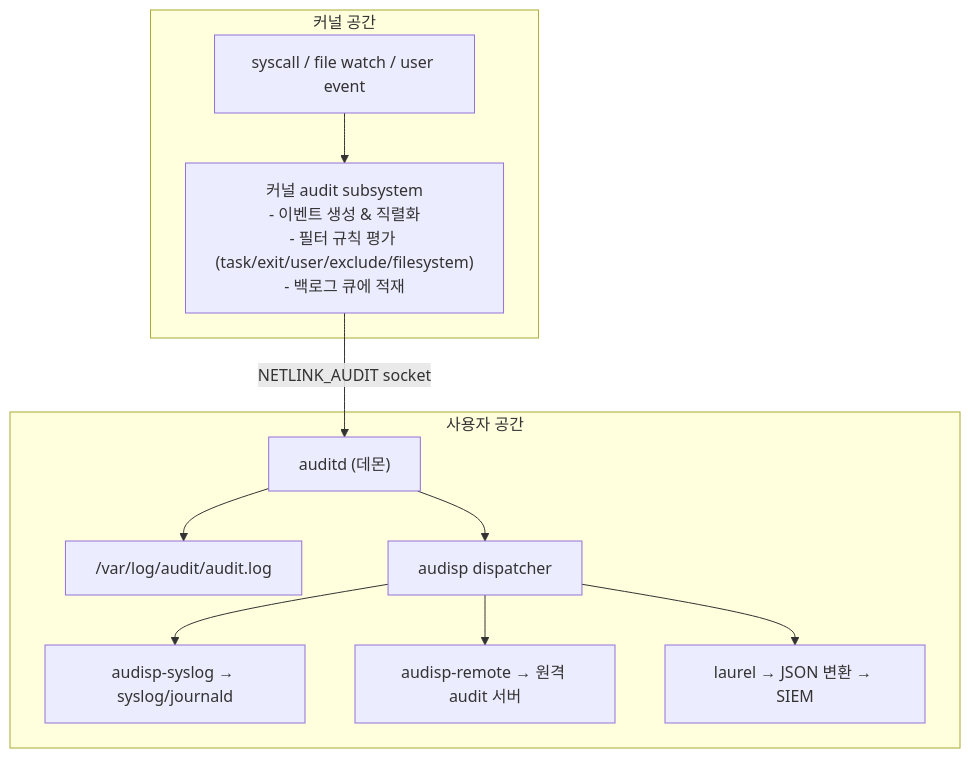
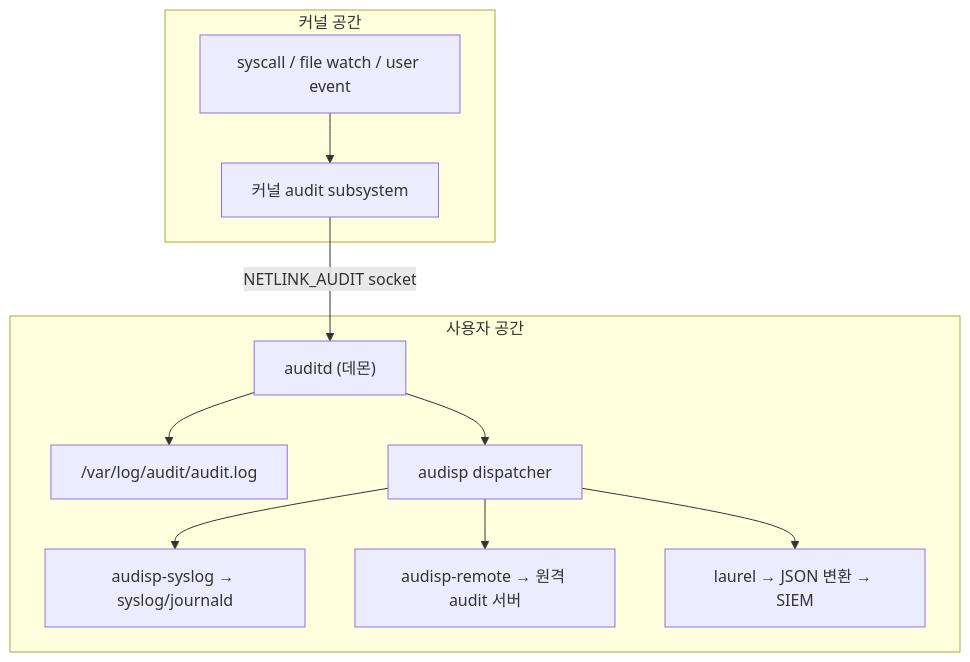
Before and after one commit to moonblueblue/devops-wiki: the first of 4 diagrams in content/linux/linux-security/auditd.md, drawn with Mermaid. The commit also changed other lines of this file and 4 other files, not shown here.

First line of the commit message:
style: linux-security 섹션 Mermaid 노드 라벨 규칙 적용

````diff
--- a/content/linux/linux-security/auditd.md
+++ b/content/linux/linux-security/auditd.md
@@ -32,24 +32,24 @@
 ```mermaid
 graph TD
     subgraph kernel["커널 공간"]
         SRC["syscall / file watch / user event"]
-        AUD["커널 audit subsystem<br/>- 이벤트 생성 &amp; 직렬화<br/>- 필터 규칙 평가 (task/exit/user/exclude/filesystem)<br/>- 백로그 큐에 적재"]
+        AUD["커널 audit subsystem"]
     end
 
     subgraph user["사용자 공간"]
         AUDITD["auditd (데몬)"]
         LOG["/var/log/audit/audit.log"]
         AUDISP["audisp dispatcher"]
         SYSLOG["audisp-syslog → syslog/journald"]
         REMOTE["audisp-remote → 원격 audit 서버"]
         LAUREL["laurel → JSON 변환 → SIEM"]
     end
 
     SRC --> AUD
     AUD -- "NETLINK_AUDIT socket" --> AUDITD
     AUDITD --> LOG
     AUDITD --> AUDISP
     AUDISP --> SYSLOG
     AUDISP --> REMOTE
     AUDISP --> LAUREL
 ```
````
